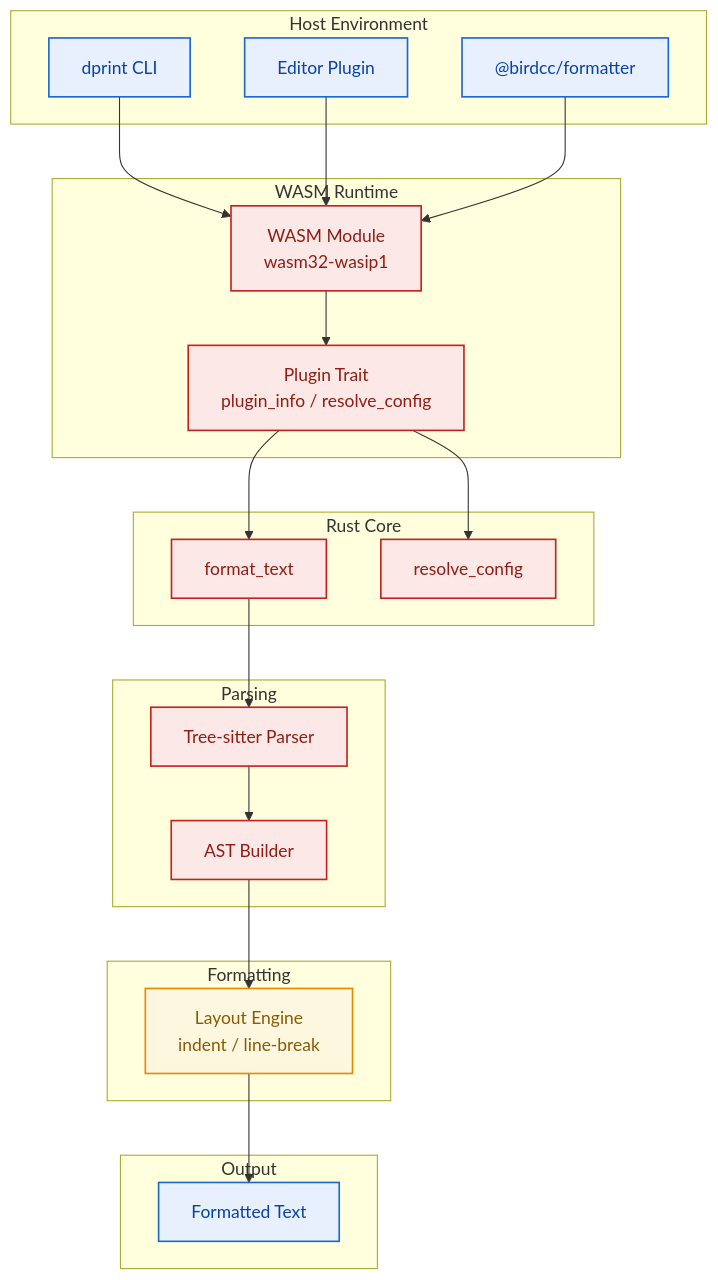
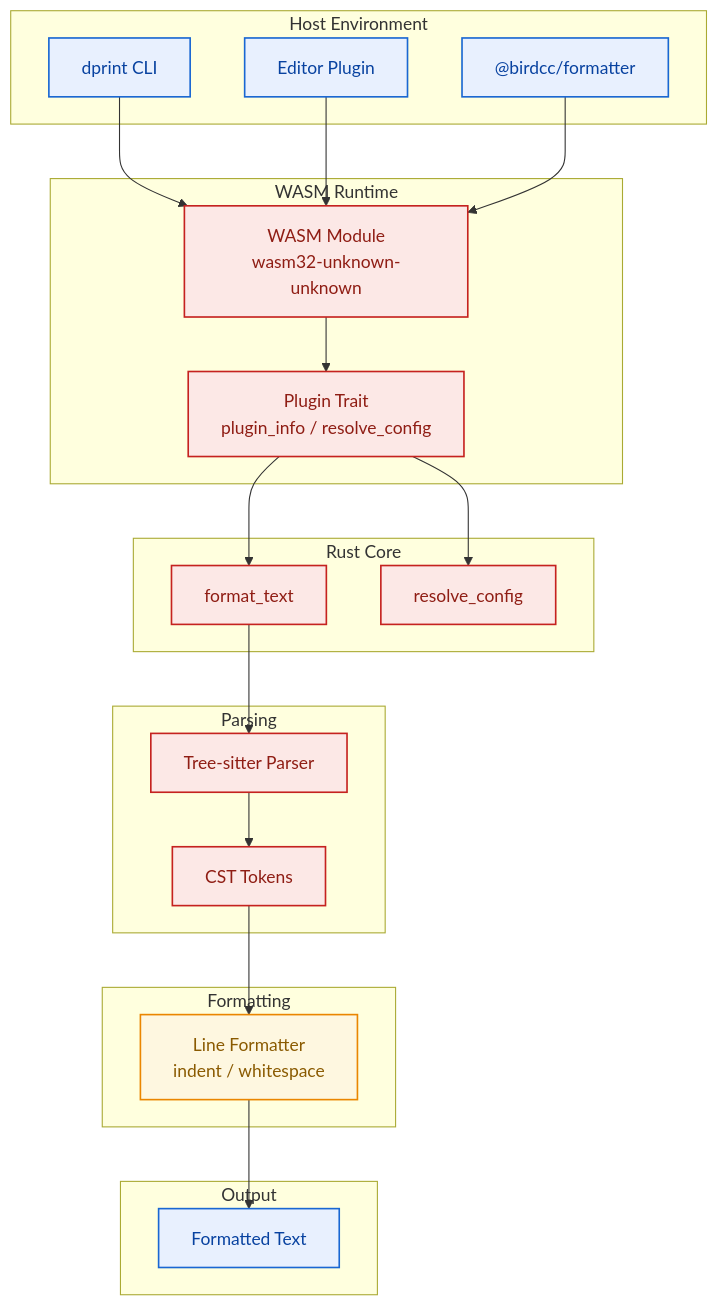
Before and after one commit to bird-chinese-community/BIRD-LSP: the first of 3 diagrams in packages/@birdcc/dprint-plugin-bird/README.md, drawn with Mermaid. The commit also changed other lines of this file and 22 other files, not shown here.

First line of the commit message:
fix(formatter): Preserve syntax and enforce WASM safe mode (#228)

````diff
--- a/packages/@birdcc/dprint-plugin-bird/README.md
+++ b/packages/@birdcc/dprint-plugin-bird/README.md
@@ -134,51 +137,51 @@
 ```mermaid
 flowchart TB
     classDef infra fill:#fce8e6,stroke:#c5221f,stroke-width:1.5px,color:#8f1d14
     classDef service fill:#fef7e0,stroke:#ea8600,stroke-width:1.5px,color:#8a5a00
     classDef ui fill:#e8f0fe,stroke:#1967d2,stroke-width:1.5px,color:#0842a0
 
     subgraph host [Host Environment]
         D1[dprint CLI]
         D2[Editor Plugin]
         D3["@birdcc/formatter"]
     end
 
     subgraph wasm [WASM Runtime]
-        WASM[WASM Module<br/>wasm32-wasip1]
+        WASM[WASM Module<br/>wasm32-unknown-unknown]
         TRAIT[Plugin Trait<br/>plugin_info / resolve_config]
     end
 
     subgraph rust [Rust Core]
         FORMAT[format_text]
         CONFIG[resolve_config]
     end
 
     subgraph parse [Parsing]
         P1[Tree-sitter Parser]
-        AST[AST Builder]
+        AST[CST Tokens]
     end
 
     subgraph layout [Formatting]
-        LAYOUT[Layout Engine<br/>indent / line-break]
+        LAYOUT[Line Formatter<br/>indent / whitespace]
     end
 
     subgraph output [Output]
         OUT[Formatted Text]
     end
 
     D1 --> WASM
     D2 --> WASM
     D3 --> WASM
     WASM --> TRAIT
     TRAIT --> FORMAT
     TRAIT --> CONFIG
     FORMAT --> P1
     P1 --> AST
     AST --> LAYOUT
     LAYOUT --> OUT
 
     class D1,D2,D3 ui
     class WASM,TRAIT,FORMAT,CONFIG,P1,AST infra
     class LAYOUT service
     class OUT ui
 ```
````
